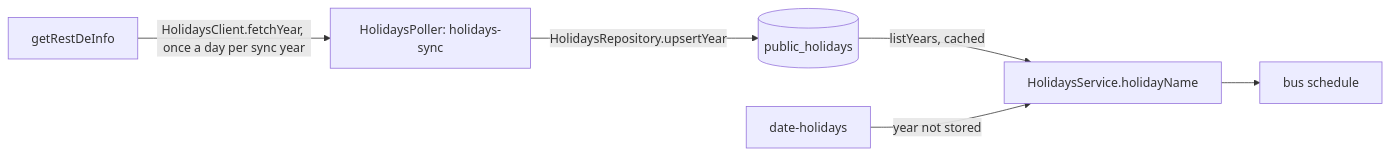
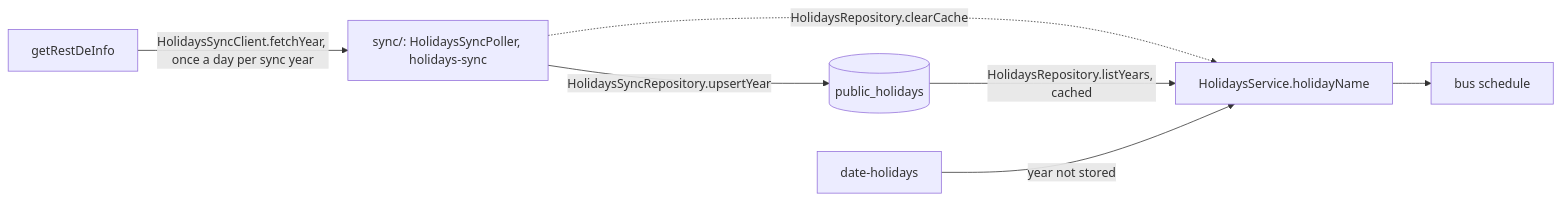
The diagram in docs/explanation/holidays-architecture.md (skkuverse/skkuverse-server), drawn with Mermaid before and after one commit. The commit also changed other lines of this file and 27 other files, not shown here.

Commit message:
refactor(holidays): split the sync into a sub-module

````diff
--- a/docs/explanation/holidays-architecture.md
+++ b/docs/explanation/holidays-architecture.md
@@ -36,8 +36,9 @@
 ```mermaid
 flowchart LR
-  kasi["getRestDeInfo"] -->|HolidaysClient.fetchYear, once a day per sync year| poller["HolidaysPoller: holidays-sync"]
-  poller -->|HolidaysRepository.upsertYear| coll[("public_holidays")]
-  coll -->|listYears, cached| svc["HolidaysService.holidayName"]
+  kasi["getRestDeInfo"] -->|HolidaysSyncClient.fetchYear, once a day per sync year| poller["sync/: HolidaysSyncPoller, holidays-sync"]
+  poller -->|HolidaysSyncRepository.upsertYear| coll[("public_holidays")]
+  poller -.->|HolidaysRepository.clearCache| svc
+  coll -->|HolidaysRepository.listYears, cached| svc["HolidaysService.holidayName"]
   rules["date-holidays"] -->|year not stored| svc
   svc --> bus["bus schedule"]
 ```
````
